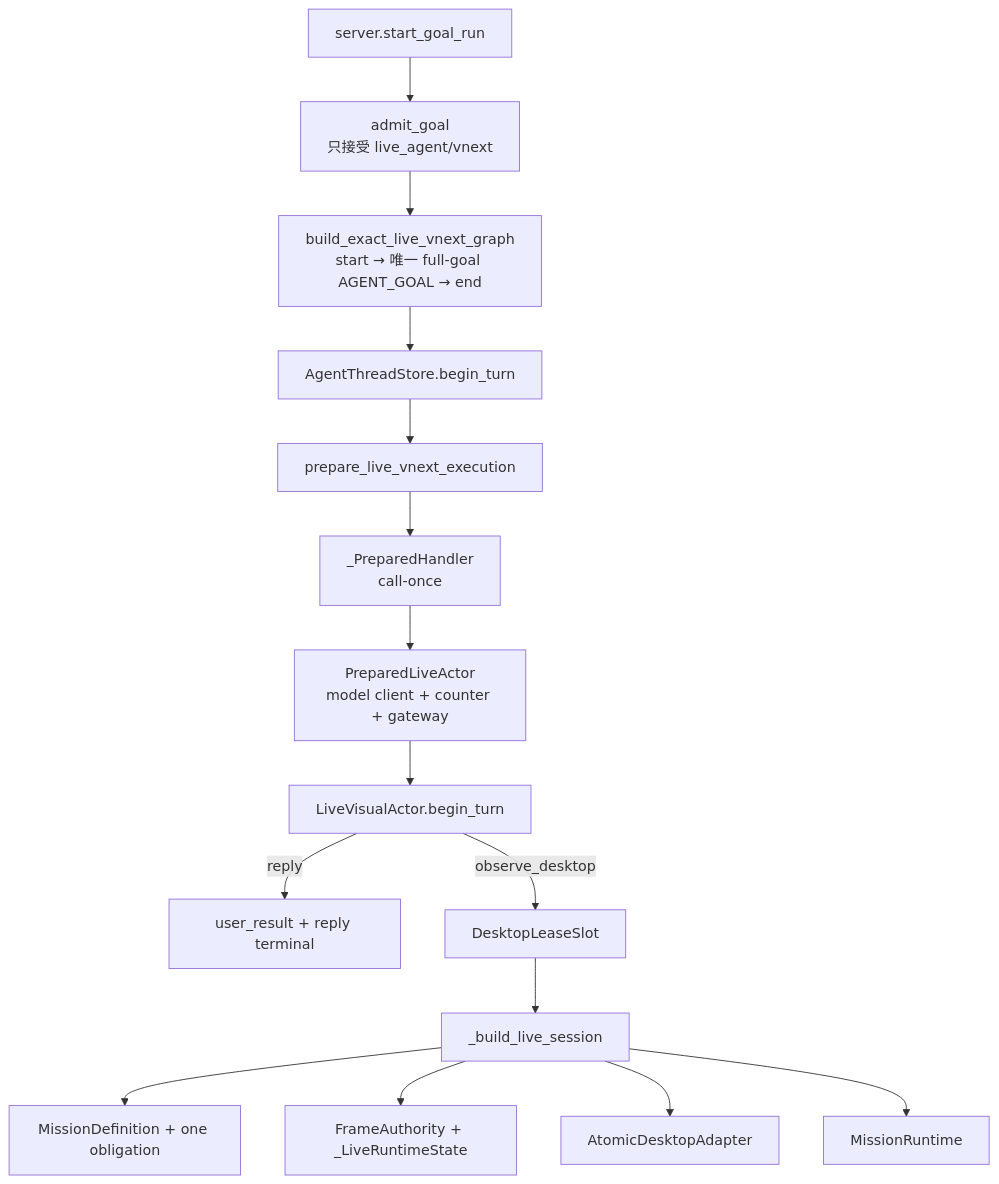
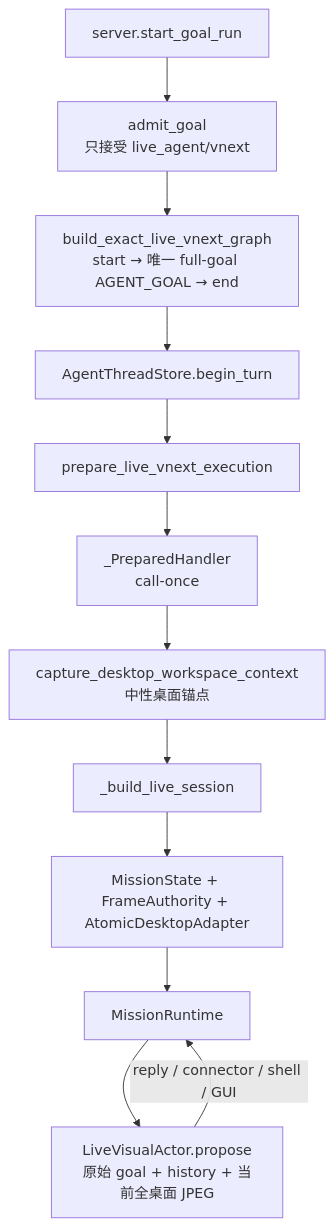
The second of 4 diagrams in docs/project-guide/01-system-architecture.md (zoujiapeng/lingdong-script), drawn with Mermaid before and after one commit. The commit also changed other lines of this file and 58 other files, not shown here.

````diff
--- a/docs/project-guide/01-system-architecture.md
+++ b/docs/project-guide/01-system-architecture.md
@@ -120,17 +120,14 @@
 ```mermaid
 flowchart TD
   Route["server.start_goal_run"] --> Admission["admit_goal\n只接受 live_agent/vnext"]
   Admission --> Graph["build_exact_live_vnext_graph\nstart → 唯一 full-goal AGENT_GOAL → end"]
   Graph --> Thread["AgentThreadStore.begin_turn"]
   Thread --> Prepare["prepare_live_vnext_execution"]
   Prepare --> Handler["_PreparedHandler\ncall-once"]
-  Handler --> Bundle["PreparedLiveActor\nmodel client + counter + gateway"]
-  Bundle --> Initial["LiveVisualActor.begin_turn"]
-  Initial -->|reply| Reply["user_result + reply terminal"]
-  Initial -->|observe_desktop| Lease["DesktopLeaseSlot"]
-  Lease --> Session["_build_live_session"]
-  Session --> Mission["MissionDefinition + one obligation"]
-  Session --> Frame["FrameAuthority + _LiveRuntimeState"]
-  Session --> Adapter["AtomicDesktopAdapter"]
-  Session --> Runtime["MissionRuntime"]
+  Handler --> Target["capture_desktop_workspace_context\n中性桌面锚点"]
+  Target --> Session["_build_live_session"]
+  Session --> State["MissionState + FrameAuthority + AtomicDesktopAdapter"]
+  State --> Runtime["MissionRuntime"]
+  Runtime --> Actor["LiveVisualActor.propose\n原始 goal + history + 当前全桌面 JPEG"]
+  Actor -->|reply / connector / shell / GUI| Runtime
 ```
````
